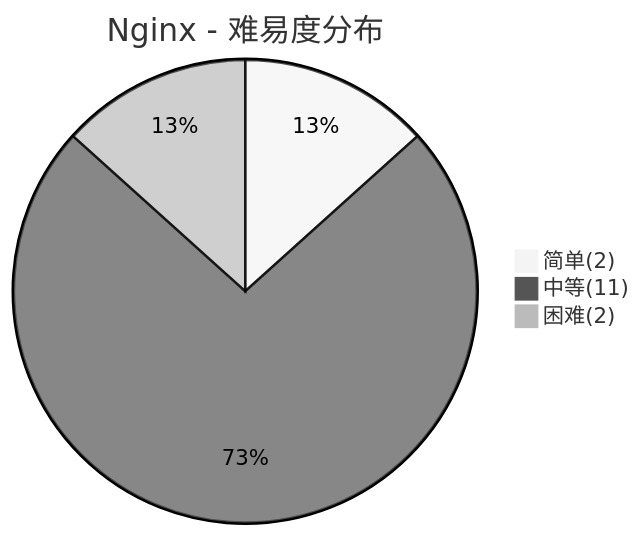
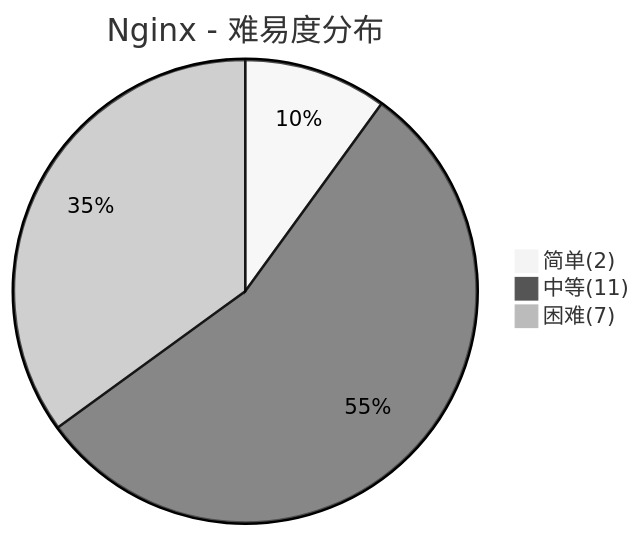
One commit to dunwu/waterdrop changed the fourth of 5 diagrams in docs/99.面试/DevOps面试.md. Above: the diagram before and after it, drawn with Mermaid (neutral theme). The commit also changed other lines of this file and 73 other files, not shown here.

````diff
--- a/docs/99.面试/DevOps面试.md
+++ b/docs/99.面试/DevOps面试.md
@@ -197,6 +198,6 @@
 ```mermaid
 pie title Nginx - 难易度分布
     "简单(2)" : 2
     "中等(11)" : 11
-    "困难(2)" : 2
+    "困难(7)" : 7
 ```
````
